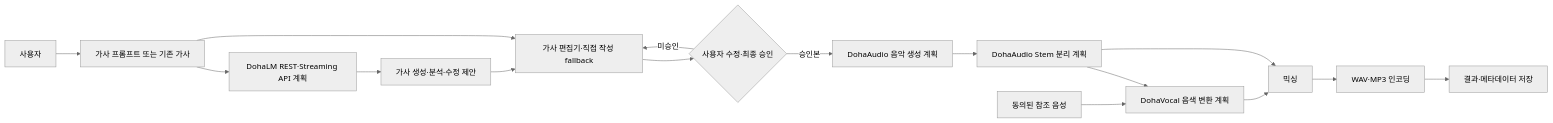
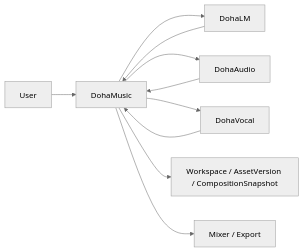
The diagram in README.md (DohaStudio/DohaMusic), drawn with Mermaid (neutral theme) before and after one commit. The commit also changed other lines of this file and 27 other files, not shown here.

Commit message:
docs: DohaMusic 문서 구조와 최신 기준 정리

````diff
--- a/README.md
+++ b/README.md
@@ -103,18 +67,12 @@
 ```mermaid
 flowchart LR
-  U[사용자] --> I[가사 프롬프트 또는 기존 가사]
-  I --> D[DohaLM REST·Streaming API 계획]
-  D --> L[가사 생성·분석·수정 제안]
-  I --> E[가사 편집기·직접 작성 fallback]
-  L --> E
-  E --> A{사용자 수정·최종 승인}
-  A -->|미승인| E
-  A -->|승인본| G[DohaAudio 음악 생성 계획]
-  G --> S[DohaAudio Stem 분리 계획]
-  R[동의된 참조 음성] --> V[DohaVocal 음색 변환 계획]
-  S --> V
-  S --> M[믹싱]
+  U[User] --> M[DohaMusic]
+  M --> L[DohaLM]
+  M --> A[DohaAudio]
+  M --> V[DohaVocal]
+  L --> M
+  A --> M
   V --> M
-  M --> ENC[WAV·MP3 인코딩]
-  ENC --> O[결과·메타데이터 저장]
+  M --> W[Workspace / AssetVersion / CompositionSnapshot]
+  M --> X[Mixer / Export]
 ```
````
